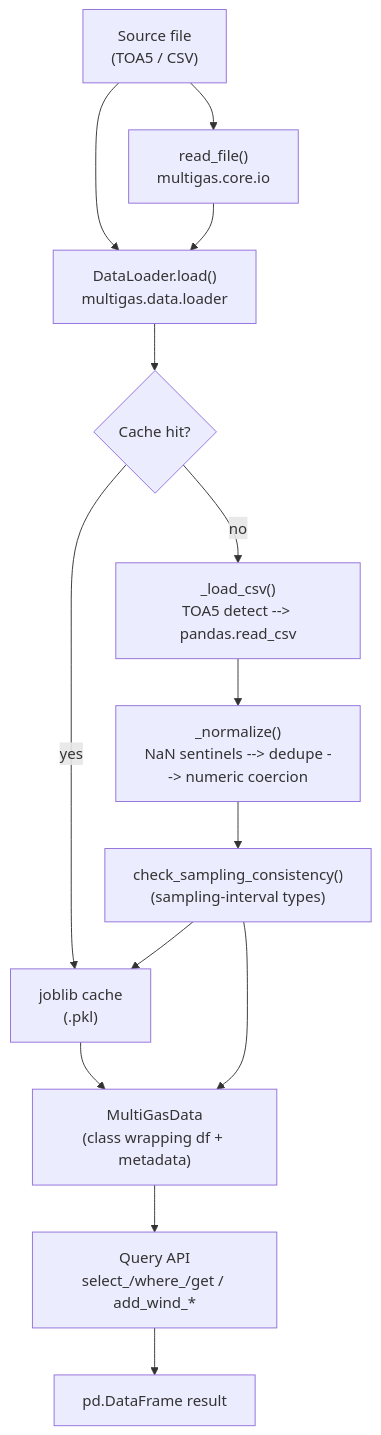
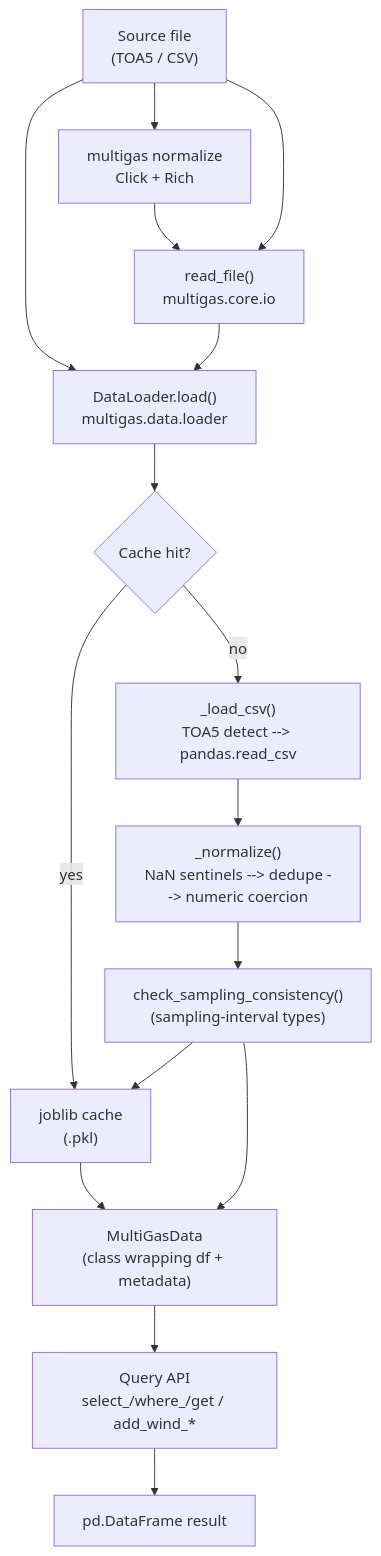
One commit to martanto/multigas changed the diagram in wiki/Home.md. Above: the diagram before and after it, drawn with Mermaid. The commit also changed other lines of this file and 11 other files, not shown here.

Commit message:
Add multigas normalize CLI with JSON output

````diff
--- a/wiki/Home.md
+++ b/wiki/Home.md
@@ -73,16 +76,18 @@
 ```mermaid
 flowchart TD
-    A["Source file<br/>(TOA5 / CSV)"] --> B["read_file()<br/>multigas.core.io"]
+    A["Source file<br/>(TOA5 / CSV)"] --> CLI["multigas normalize<br/>Click + Rich"]
+    CLI --> B["read_file()<br/>multigas.core.io"]
+    A --> B
     A --> C["DataLoader.load()<br/>multigas.data.loader"]
     B --> C
     C --> D{Cache hit?}
     D -->|yes| E["joblib cache<br/>(.pkl)"]
     D -->|no| F["_load_csv()<br/>TOA5 detect --> pandas.read_csv"]
     F --> G["_normalize()<br/>NaN sentinels --> dedupe --> numeric coercion"]
     G --> S["check_sampling_consistency()<br/>(sampling-interval types)"]
     S --> E
     E --> H["MultiGasData<br/>(class wrapping df + metadata)"]
     S --> H
     H --> I["Query API<br/>select_/where_/get / add_wind_*"]
     I --> J["pd.DataFrame result"]
 ```
````
